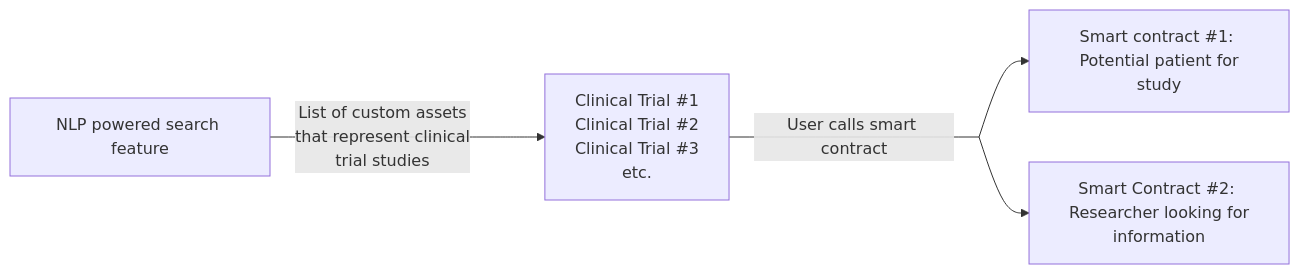
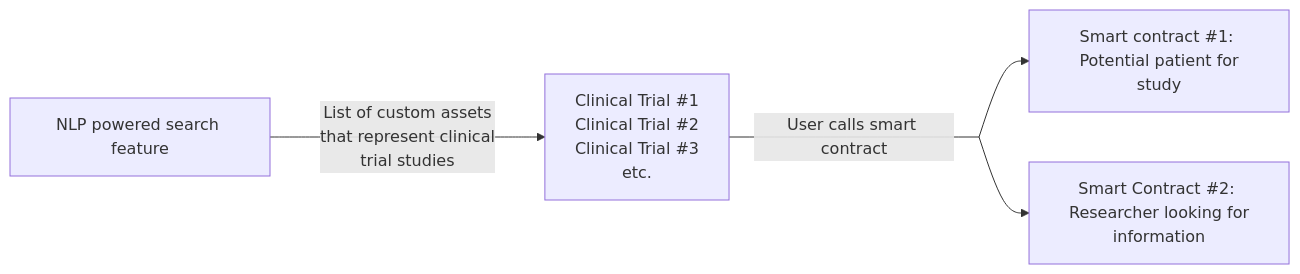
One commit to AI-and-Blockchain/S22_StudyBlock changed the second of 2 diagrams in README.md. Above: the diagram before and after it, drawn with Mermaid.

````diff
--- a/README.md
+++ b/README.md
@@ -30,10 +30,10 @@
 ```mermaid
 graph LR;
-A[NLP powered search feature] -- List of custom assets <br> that represent clinical <br> trial studies --- B[ ]:::empty
-B --> B1[Clinical Trial #1 <br> Clinical Trial #2 <br> Clinical Trial #3 <br> etc.]
-B1 -- User calls smart contract --- C[ ]:::empty
+A[NLP powered search feature] -- List of custom assets <br> that represent clinical <br> trial studies --->
+B[Clinical Trial #1 <br> Clinical Trial #2 <br> Clinical Trial #3 <br> etc.]
+B -- User calls smart contract --- C[ ]:::empty
 C --> D[Smart contract #1: <br> Potential patient for study] 
 C --> E[Smart Contract #2: <br> Researcher looking for information]
 classDef empty width:0px,height:0px;
 
 ```
````
